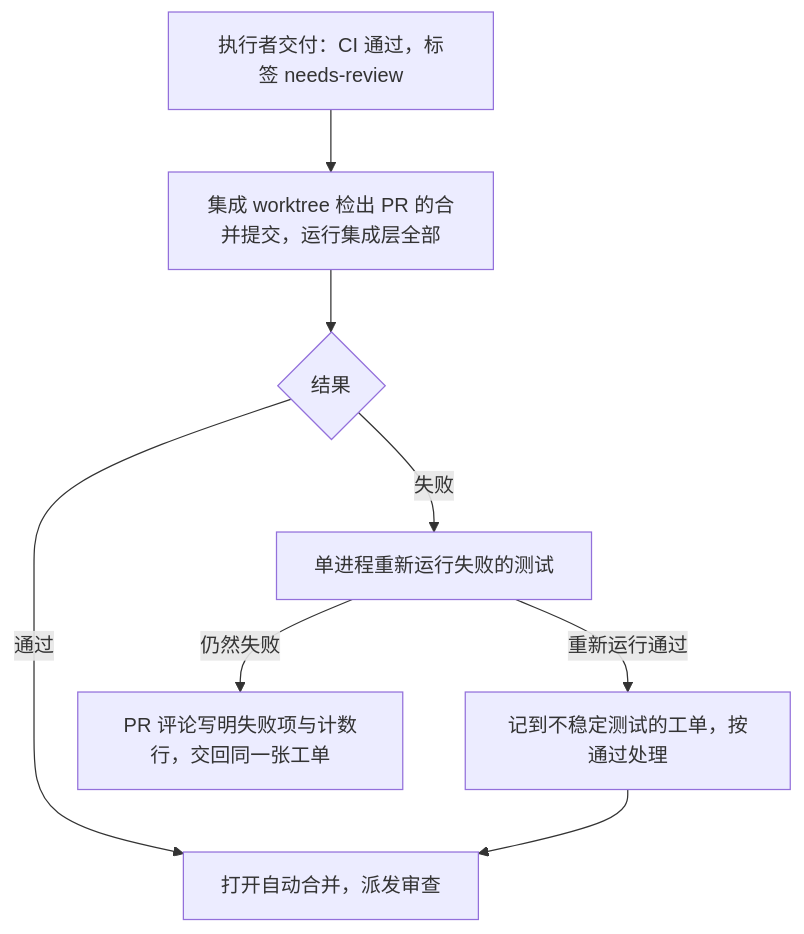
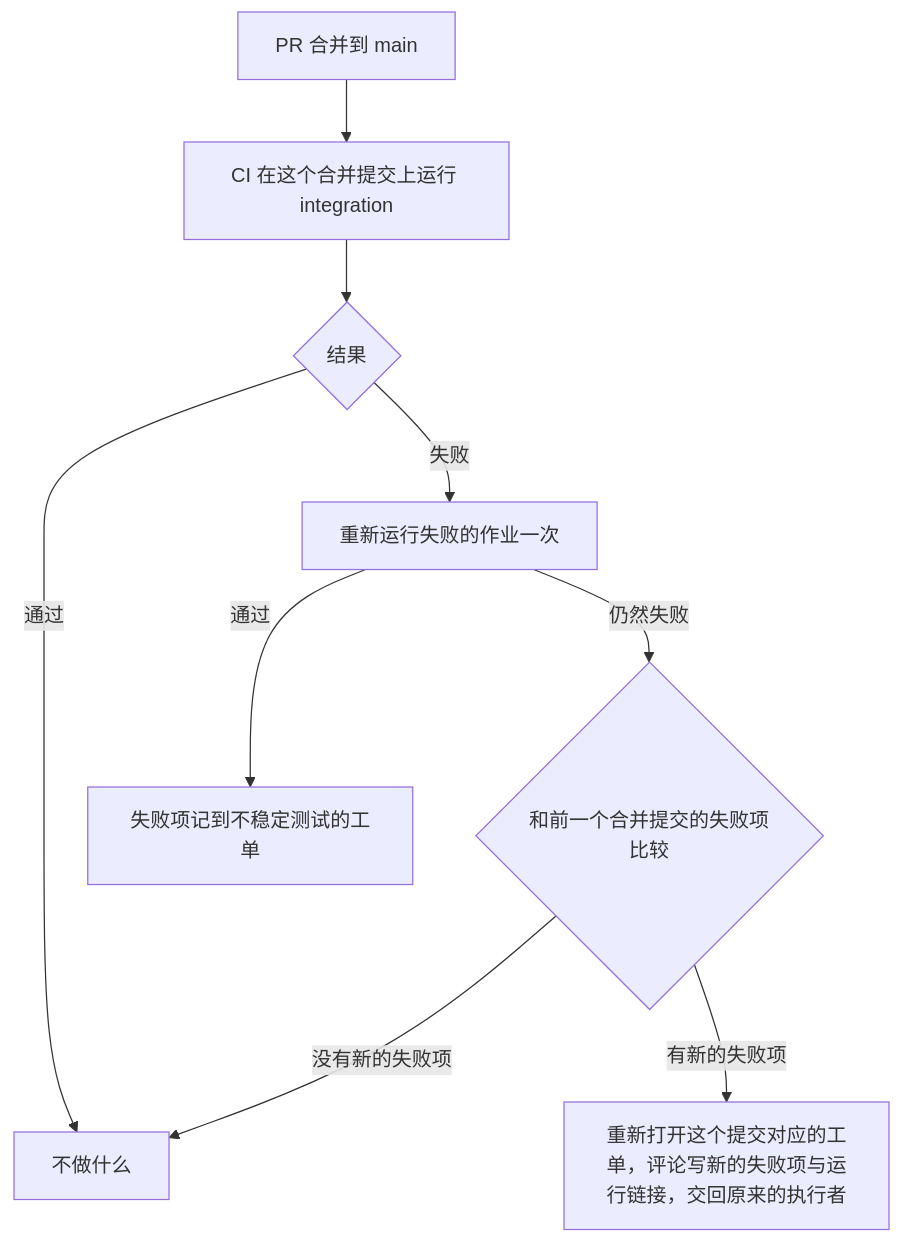
Before and after one commit to bender2333/yudao: the first of 2 diagrams in docs/design/test-pyramid.md, drawn with Mermaid. The commit also changed other lines of this file and 10 other files, not shown here.

````diff
--- a/docs/design/test-pyramid.md
+++ b/docs/design/test-pyramid.md
@@ -109,10 +110,11 @@
 ```mermaid
 flowchart TD
-    D[执行者交付：CI 通过，标签 needs-review] --> R[集成 worktree 检出 PR 的合并提交，运行集成层全部]
-    R --> P{结果}
-    P -- 通过 --> A[打开自动合并，派发审查]
-    P -- 失败 --> S[单进程重新运行失败的测试]
-    S -- 仍然失败 --> B[PR 评论写明失败项与计数行，交回同一张工单]
-    S -- 重新运行通过 --> F[记到不稳定测试的工单，按通过处理]
-    F --> A
+    M[PR 合并到 main] --> I[CI 在这个合并提交上运行 integration]
+    I --> P{结果}
+    P -- 通过 --> D[不做什么]
+    P -- 失败 --> R[重新运行失败的作业一次]
+    R -- 通过 --> F[失败项记到不稳定测试的工单]
+    R -- 仍然失败 --> C{和前一个合并提交的失败项比较}
+    C -- 没有新的失败项 --> D
+    C -- 有新的失败项 --> O[重新打开这个提交对应的工单，评论写新的失败项与运行链接，交回原来的执行者]
 ```
````
